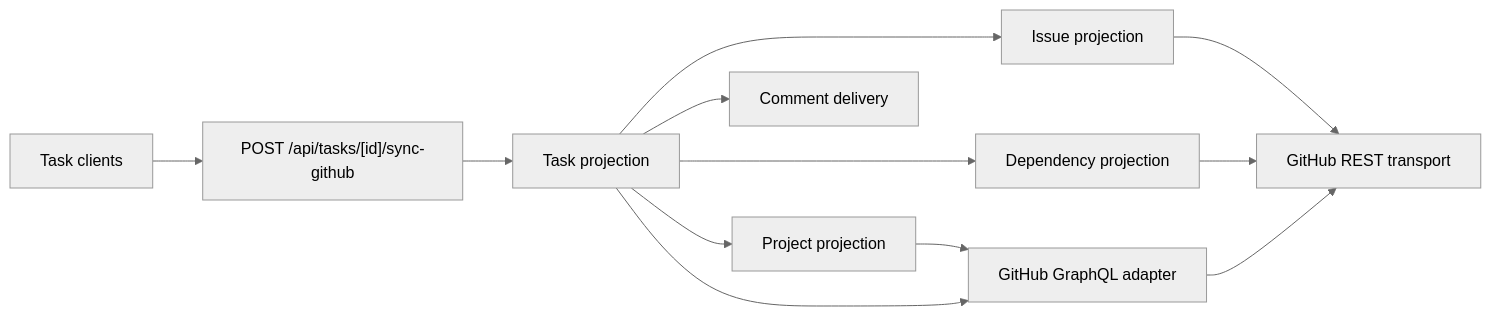
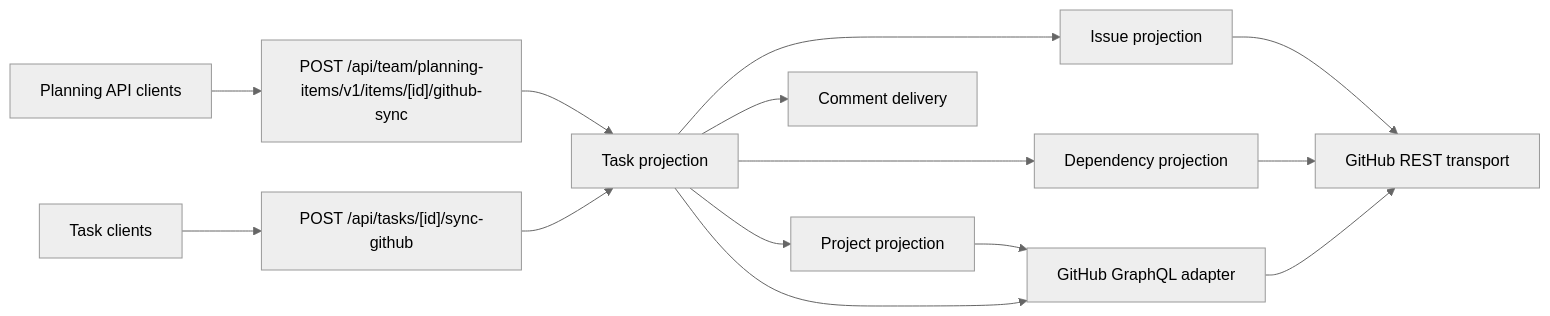
One commit to findmydoc-platform/founder-scoreboard-v2 changed the diagram in docs/github-sync-architecture.md. Above: the diagram before and after it, drawn with Mermaid (neutral theme). The commit also changed other lines of this file and 25 other files, not shown here.

Commit message:
feat: add Planning API GitHub sync

````diff
--- a/docs/github-sync-architecture.md
+++ b/docs/github-sync-architecture.md
@@ -7,14 +7,16 @@
 ```mermaid
 flowchart LR
-  Client["Task clients"] --> Route["POST /api/tasks/[id]/sync-github"]
-  Route --> Task["Task projection"]
+Client["Task clients"] --> Route["POST /api/tasks/[id]/sync-github"]
+Planning["Planning API clients"] --> PlanningRoute["POST /api/team/planning-items/v1/items/[id]/github-sync"]
+PlanningRoute --> Task
+Route --> Task["Task projection"]
   Task --> Issue["Issue projection"]
   Task --> Dependency["Dependency projection"]
   Task --> Project["Project projection"]
   Task --> Comments["Comment delivery"]
   Issue --> Rest["GitHub REST transport"]
   Dependency --> Rest
   Project --> GraphQL["GitHub GraphQL adapter"]
   Task --> GraphQL
   GraphQL --> Rest
 ```
````
